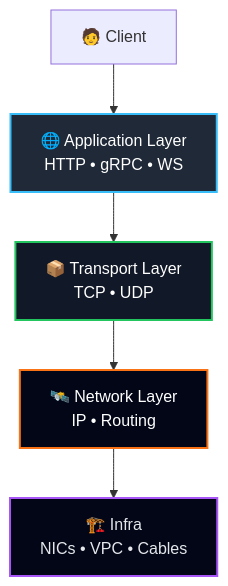
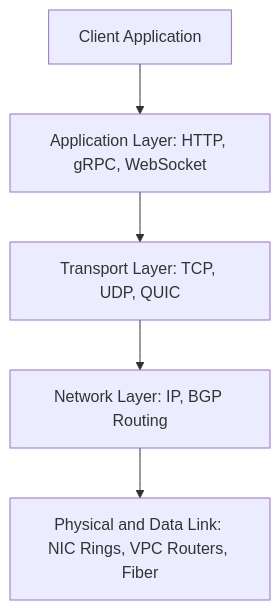
One commit to subrotokumar/pages changed the first of 4 diagrams in docs/system_design/deep_dive/networking.md. Above: the diagram before and after it, drawn with Mermaid. The commit also changed other lines of this file and 15 other files, not shown here.

Commit message:
docs: enhance applied ai architecture notes and documentation structure

````diff
--- a/docs/system_design/deep_dive/networking.md
+++ b/docs/system_design/deep_dive/networking.md
@@ -18,24 +21,10 @@
 ```mermaid
 flowchart TB
-    classDef l7 fill:#1f2937,color:#fff,stroke:#38bdf8,stroke-width:2px
-    classDef l4 fill:#111827,color:#fff,stroke:#22c55e,stroke-width:2px
-    classDef l3 fill:#020617,color:#fff,stroke:#f97316,stroke-width:2px
-    classDef infra fill:#020617,color:#e5e7eb,stroke:#a855f7,stroke-width:2px
+    C[Client Application]
+    L7[Application Layer: HTTP, gRPC, WebSocket]
+    L4[Transport Layer: TCP, UDP, QUIC]
+    L3[Network Layer: IP, BGP Routing]
+    L2[Physical and Data Link: NIC Rings, VPC Routers, Fiber]
 
-    C[🧑 Client]
-    L7[🌐 Application Layer
-    HTTP • gRPC • WS]
-    L4[📦 Transport Layer
-    TCP • UDP]
-    L3[🛰️ Network Layer
-    IP • Routing]
-    I[🏗️ Infra
-    NICs • VPC • Cables]
-
-    C --> L7 --> L4 --> L3 --> I
-
-    class L7 l7
-    class L4 l4
-    class L3 l3
-    class I infra
+    C --> L7 --> L4 --> L3 --> L2
 ```
````
